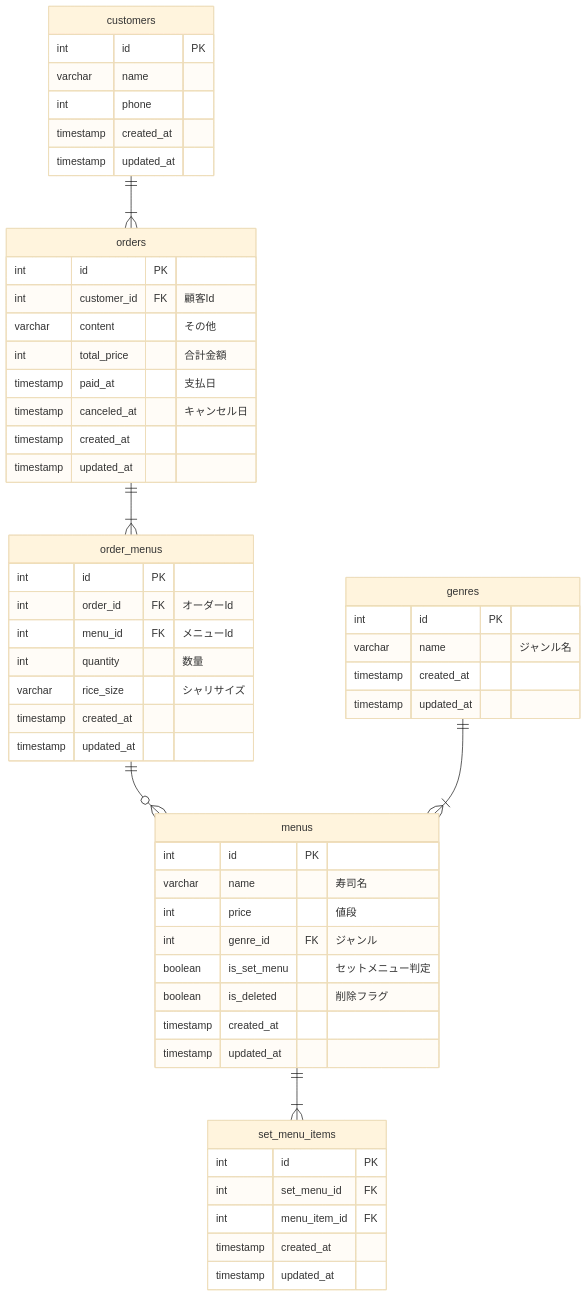
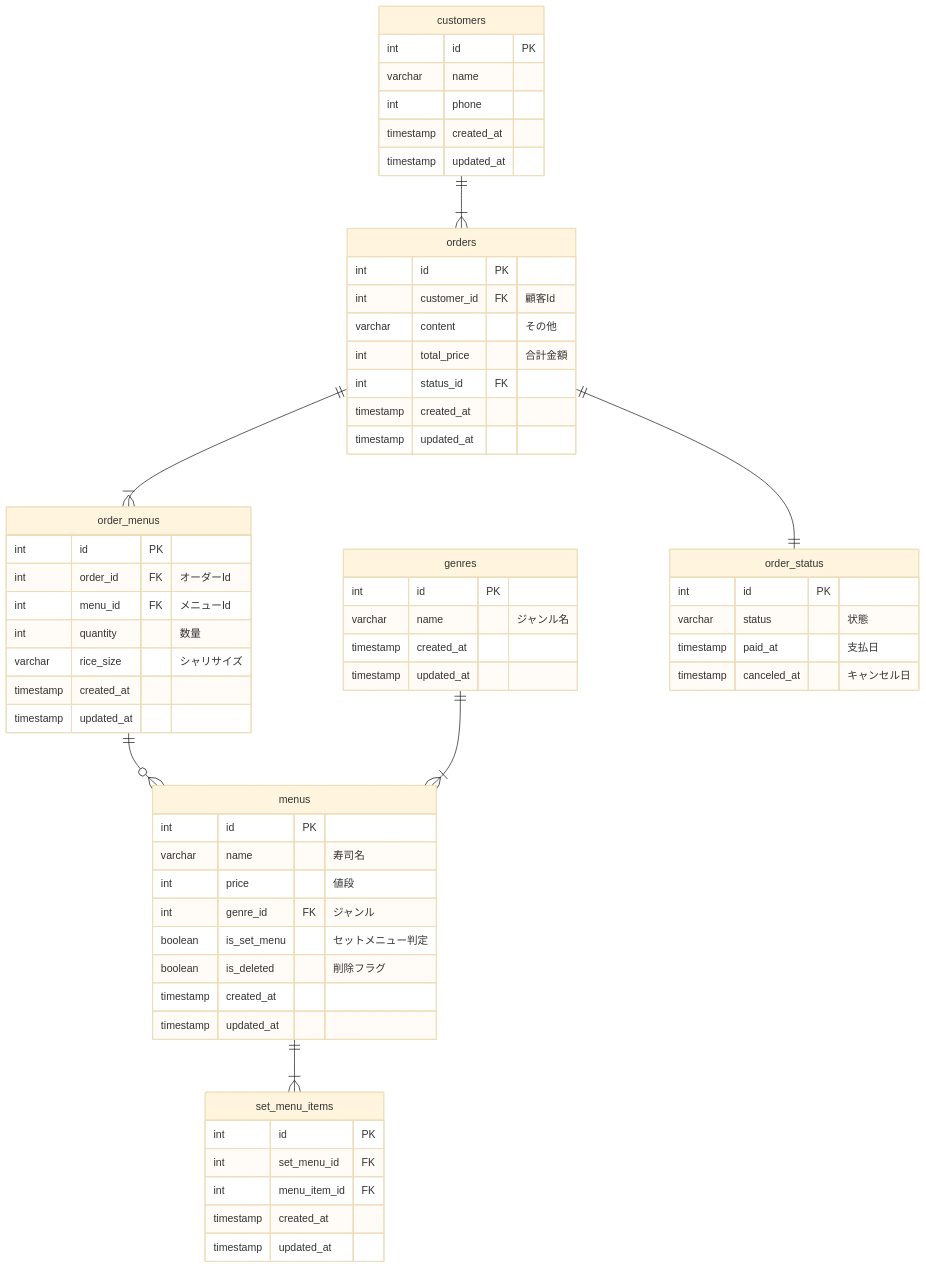
The diagram in database/modeling/001/challenge02-1.md (yaeok/PrAha_challenge), drawn with Mermaid (base theme) before and after one commit. The commit also changed other lines of this file and 5 other files, not shown here.

````diff
--- a/database/modeling/001/challenge02-1.md
+++ b/database/modeling/001/challenge02-1.md
@@ -3,63 +7,70 @@
 ```mermaid
 erDiagram
     customers ||--|{ orders : ""
     orders ||--|{ order_menus : ""
     order_menus ||--o{ menus : ""
     menus ||--|{ set_menu_items : ""
     genres ||--|{ menus : ""
+    orders ||--|| order_status : ""
 
     customers {
         int id PK
         varchar name
         int phone
         timestamp created_at
         timestamp updated_at
     }
 
     menus {
         int id PK
         varchar name "寿司名"
         int price "値段"
         int genre_id FK "ジャンル"
         boolean is_set_menu "セットメニュー判定"
         boolean is_deleted "削除フラグ"
         timestamp created_at
         timestamp updated_at
     }
 
     orders {
         int id PK
         int customer_id FK "顧客Id"
         varchar content "その他"
         int total_price "合計金額"
+        int status_id FK
+        timestamp created_at
+        timestamp updated_at
+    }
+
+    order_status {
+        int id PK
+        varchar status "状態"
         timestamp paid_at "支払日"
         timestamp canceled_at "キャンセル日"
-        timestamp created_at
-        timestamp updated_at
     }
 
     order_menus {
         int id PK
         int order_id FK "オーダーId"
         int menu_id FK "メニューId"
         int quantity "数量"
         varchar rice_size "シャリサイズ"
         timestamp created_at
         timestamp updated_at
     }
 
     set_menu_items {
         int id PK
         int set_menu_id FK
         int menu_item_id FK
         timestamp created_at
         timestamp updated_at
     }
 
     genres {
         int id PK
         varchar name "ジャンル名"
         timestamp created_at
         timestamp updated_at
     }
 ```
````
